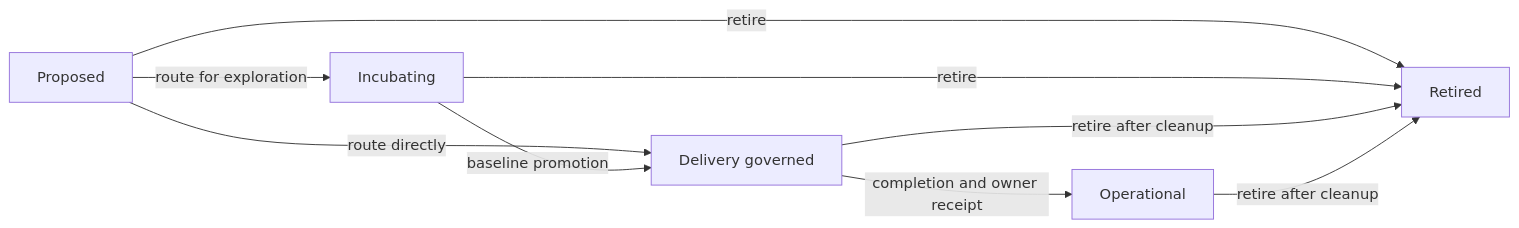
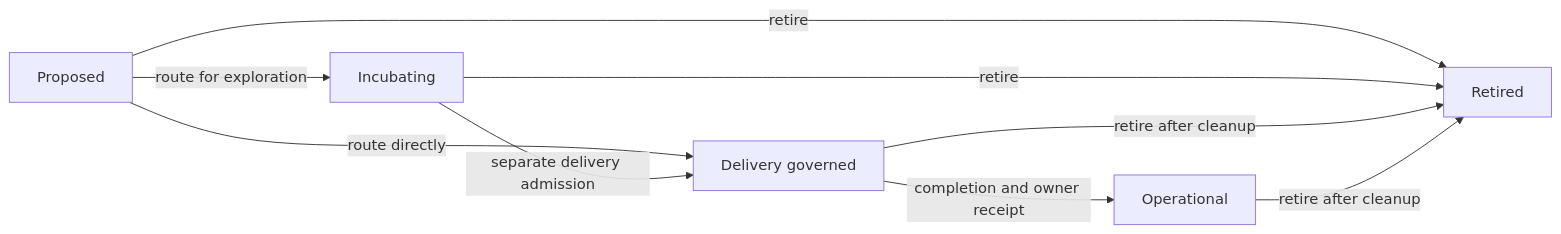
Before and after one commit to mfshaf7/workspace-governance: the first of 3 diagrams in docs/project-lifecycle-architecture.md, drawn with Mermaid. The commit also changed other lines of this file and 17 other files, not shown here.

````diff
--- a/docs/project-lifecycle-architecture.md
+++ b/docs/project-lifecycle-architecture.md
@@ -34,17 +34,17 @@
 ```mermaid
 flowchart LR
     Proposal[Proposed]
     Incubation[Incubating]
     Delivery[Delivery governed]
     Operational[Operational]
     Retired[Retired]
 
     Proposal -->|route for exploration| Incubation
     Proposal -->|route directly| Delivery
-    Incubation -->|baseline promotion| Delivery
+    Incubation -->|separate delivery admission| Delivery
     Delivery -->|completion and owner receipt| Operational
     Proposal -->|retire| Retired
     Incubation -->|retire| Retired
     Delivery -->|retire after cleanup| Retired
     Operational -->|retire after cleanup| Retired
 ```
````
